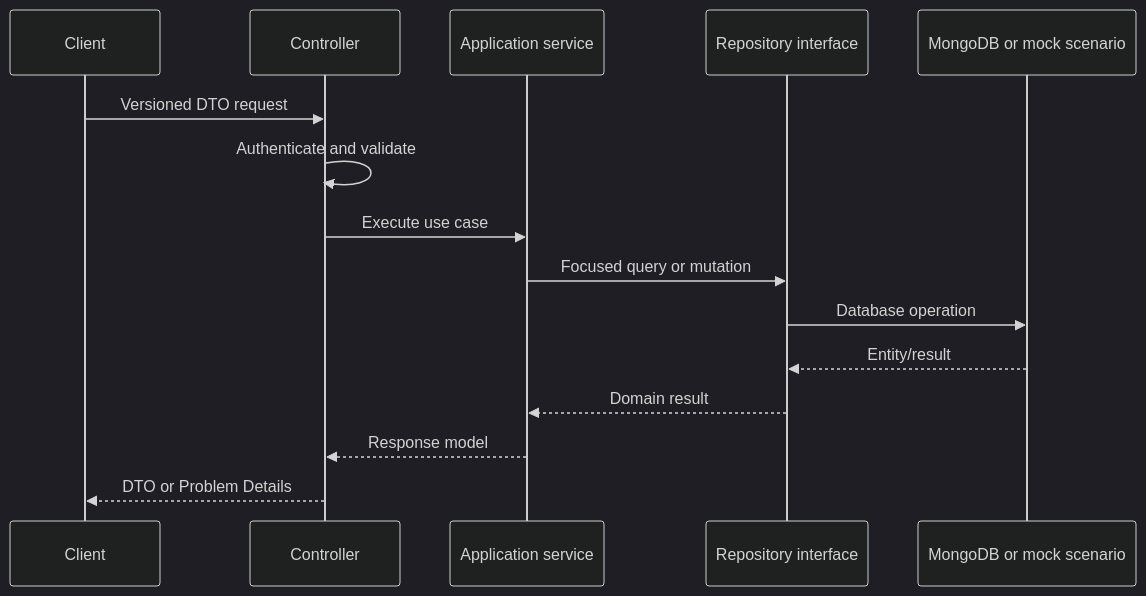
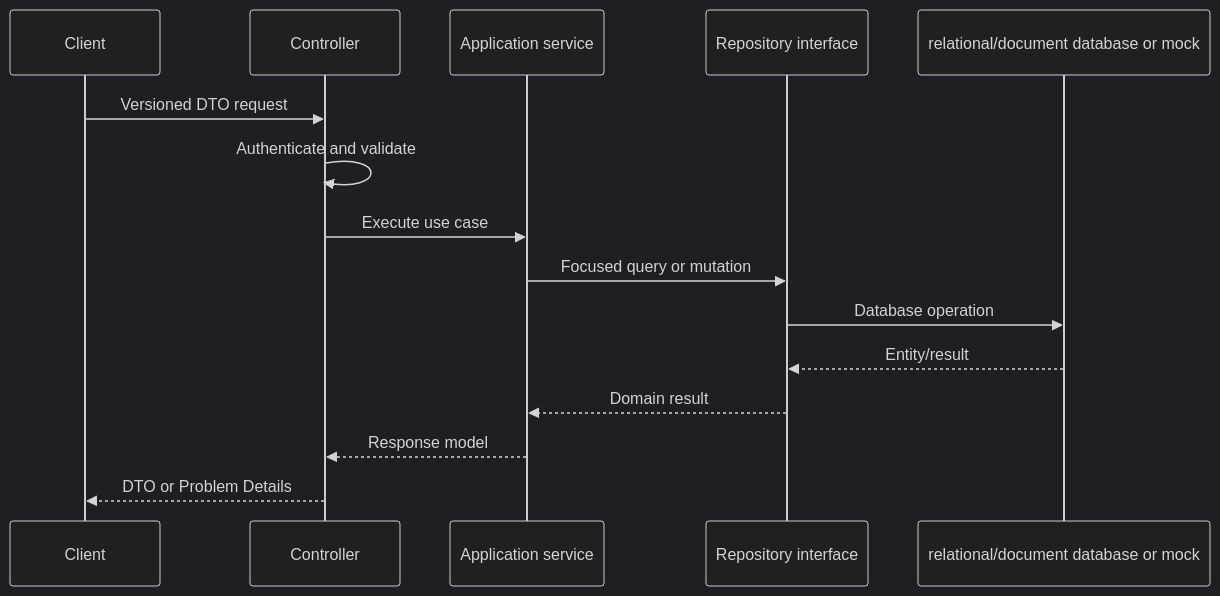
Before and after one commit to morganpizzini/MorWalPizVideo: the diagram in docs/architecture/backend.md, drawn with Mermaid (dark theme). The commit also changed other lines of this file and 44 other files, not shown here.

````diff
--- a/docs/architecture/backend.md
+++ b/docs/architecture/backend.md
@@ -11,17 +11,17 @@
 ```mermaid
 sequenceDiagram
     participant Client
     participant Controller
     participant App as Application service
     participant Repo as Repository interface
-    participant Store as MongoDB or mock scenario
+    participant Store as relational/document database or mock
     Client->>Controller: Versioned DTO request
     Controller->>Controller: Authenticate and validate
     Controller->>App: Execute use case
     App->>Repo: Focused query or mutation
     Repo->>Store: Database operation
     Store-->>Repo: Entity/result
     Repo-->>App: Domain result
     App-->>Controller: Response model
     Controller-->>Client: DTO or Problem Details
 ```
````
